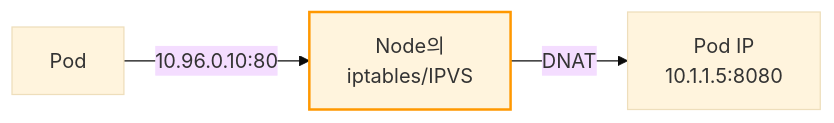
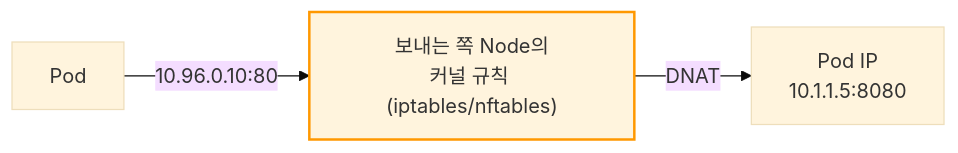
Before and after one commit to sskim91/TIL: the seventh of 15 diagrams in kubernetes/Kubernetes-Service-ClusterIP-NodePort-LoadBalancer.md, drawn with Mermaid (base theme). The commit also changed other lines of this file and 3 other files, not shown here.

````diff
--- a/kubernetes/Kubernetes-Service-ClusterIP-NodePort-LoadBalancer.md
+++ b/kubernetes/Kubernetes-Service-ClusterIP-NodePort-LoadBalancer.md
@@ -310,7 +312,7 @@
 ```mermaid
 flowchart LR
-    Pod[Pod] -->|"10.96.0.10:80"| Node[Node의<br>iptables/IPVS]
+    Pod[Pod] -->|"10.96.0.10:80"| Node["보내는 쪽 Node의<br>커널 규칙 (iptables/nftables)"]
     Node -->|"DNAT"| Backend["Pod IP<br>10.1.1.5:8080"]
 
     style Node stroke:#FF9800,stroke-width:2px
 ```
````
